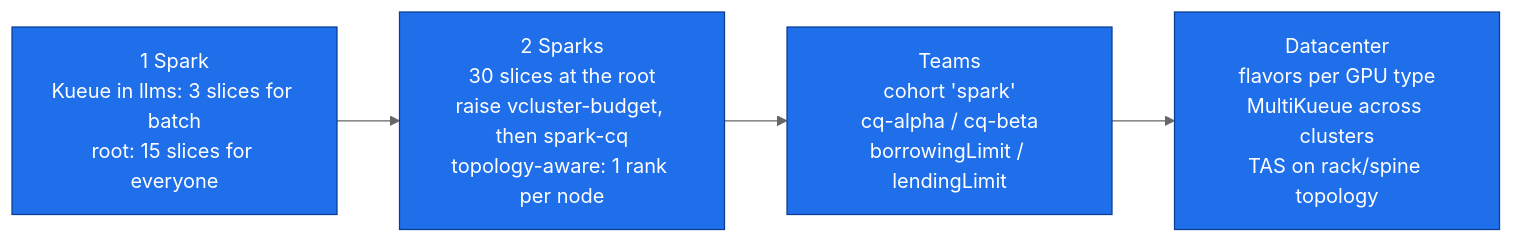
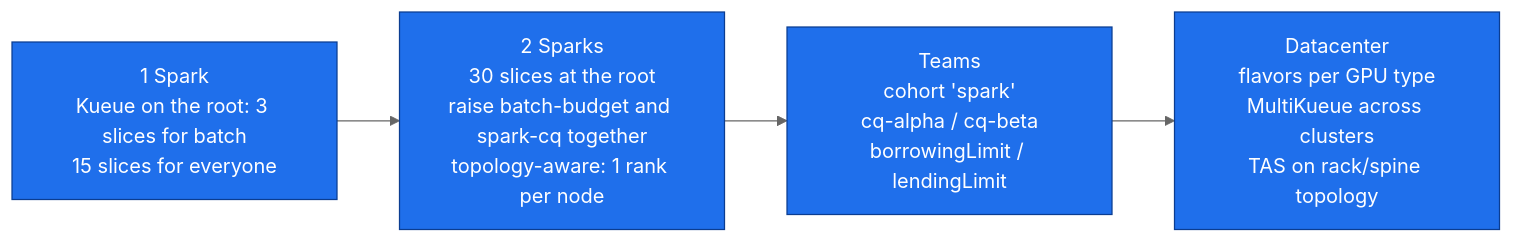
Before and after one commit to cloudone365/technical-depth: the second of 2 diagrams in 02-Kubernetes/07-kube-scheduler-and-ai-batch-scheduling.md, drawn with Mermaid (neutral theme). The commit also changed other lines of this file and 58 other files, not shown here.

First line of the commit message:
Docs: dev-llms sandbox vCluster, LLM stack on the root, shared ~90 GiB pool, headless DGX OS

````diff
--- a/02-Kubernetes/07-kube-scheduler-and-ai-batch-scheduling.md
+++ b/02-Kubernetes/07-kube-scheduler-and-ai-batch-scheduling.md
@@ -364,8 +369,8 @@
 ```mermaid
 flowchart LR
-  A["1 Spark<br/>Kueue in llms: 3 slices for batch<br/>root: 15 slices for everyone"] --> B["2 Sparks<br/>30 slices at the root<br/>raise vcluster-budget, then spark-cq<br/>topology-aware: 1 rank per node"]
+  A["1 Spark<br/>Kueue on the root: 3 slices for batch<br/>15 slices for everyone"] --> B["2 Sparks<br/>30 slices at the root<br/>raise batch-budget and spark-cq together<br/>topology-aware: 1 rank per node"]
   B --> C["Teams<br/>cohort 'spark'<br/>cq-alpha / cq-beta<br/>borrowingLimit / lendingLimit"]
   C --> D["Datacenter<br/>flavors per GPU type<br/>MultiKueue across clusters<br/>TAS on rack/spine topology"]
   classDef ctrl fill:#1f6feb,stroke:#0b3d91,color:#fff
   class A,B,C,D ctrl
 ```
````
